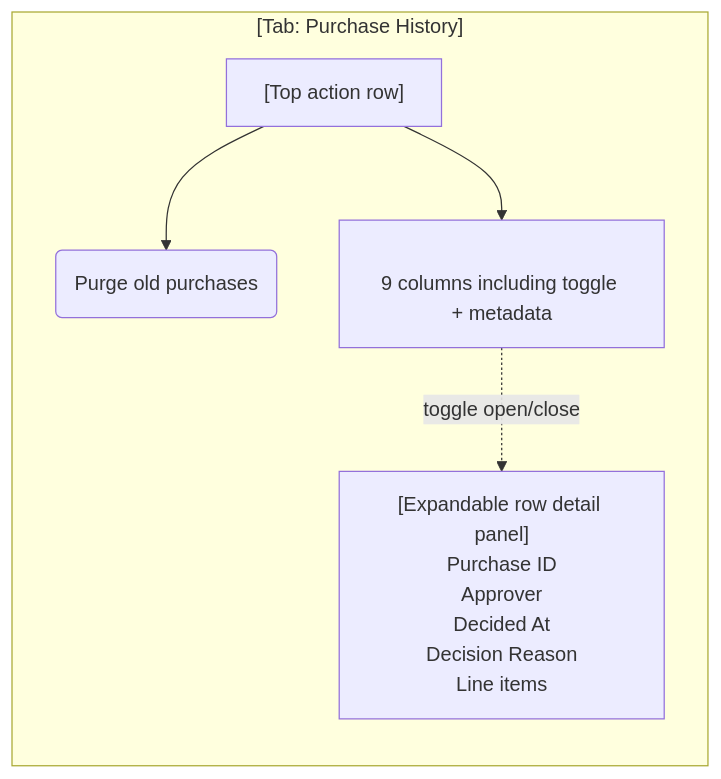
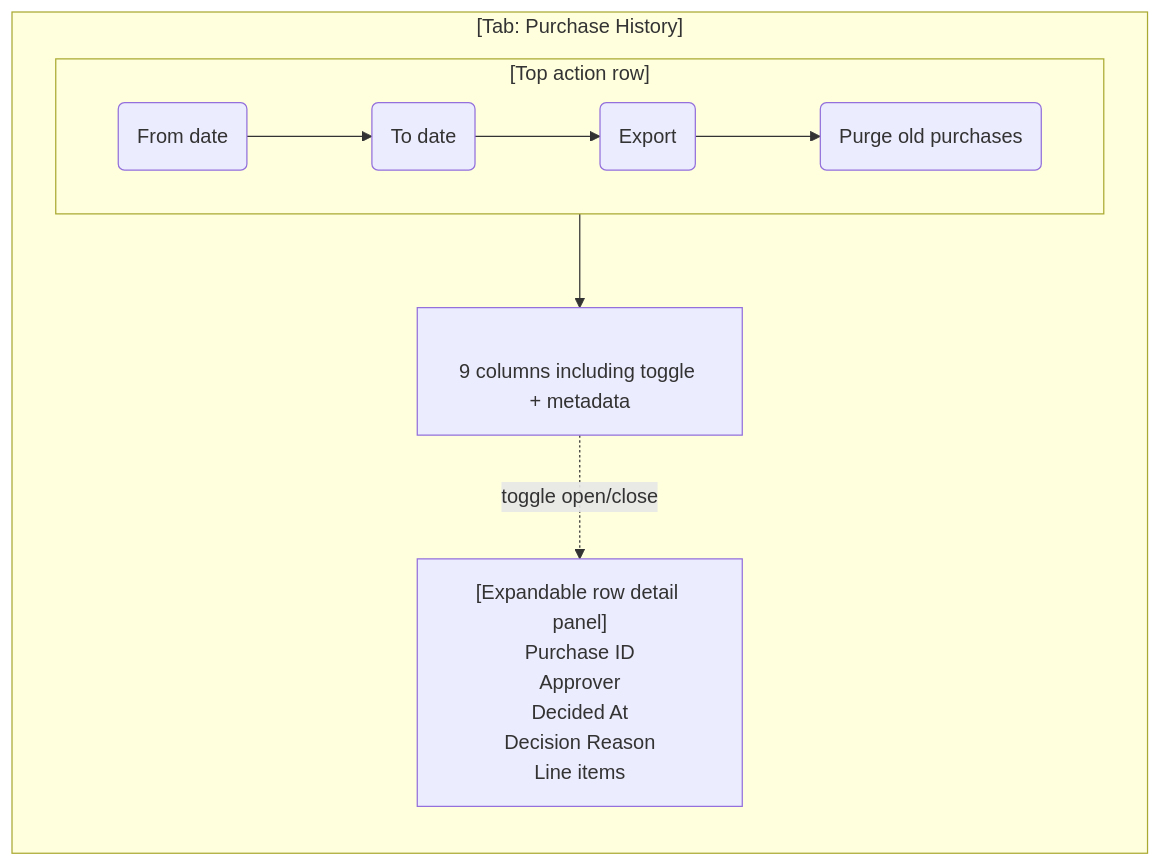
One commit to TatuLund/vaadin-create23 changed the tenth of 22 diagrams in docs/WireFrames.md. Above: the diagram before and after it, drawn with Mermaid. The commit also changed other lines of this file and 2 other files, not shown here.

Commit message:
doc: Update specs and docs

````diff
--- a/docs/WireFrames.md
+++ b/docs/WireFrames.md
@@ -300,16 +300,24 @@
 ```mermaid
 flowchart TB
     subgraph PH["[Tab: Purchase History]"]
         direction TB
-        TOP["[Top action row]"]
-        PURGE("Purge old purchases")
-        TOP --> PURGE
+        subgraph TOP["[Top action row]"]
+            direction LR
+            FROM("From date")
+            TO("To date")
+            EXPORT("Export")
+            PURGE("Purge old purchases")
+
+            FROM --> TO
+            TO --> EXPORT
+            EXPORT --> PURGE
+        end
 
         GRID["<purchase-history-grid>\n9 columns including toggle + metadata"]
         DETAIL["[Expandable row detail panel]\nPurchase ID\nApprover\nDecided At\nDecision Reason\nLine items"]
 
         TOP --> GRID
     end
 
     GRID -. toggle open/close .-> DETAIL
 ```
````
